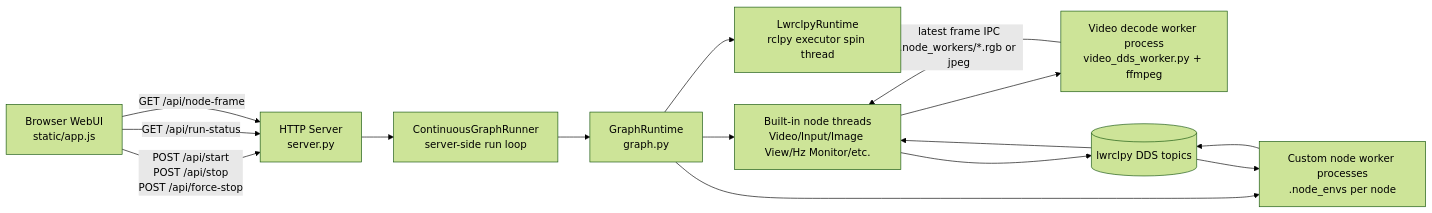
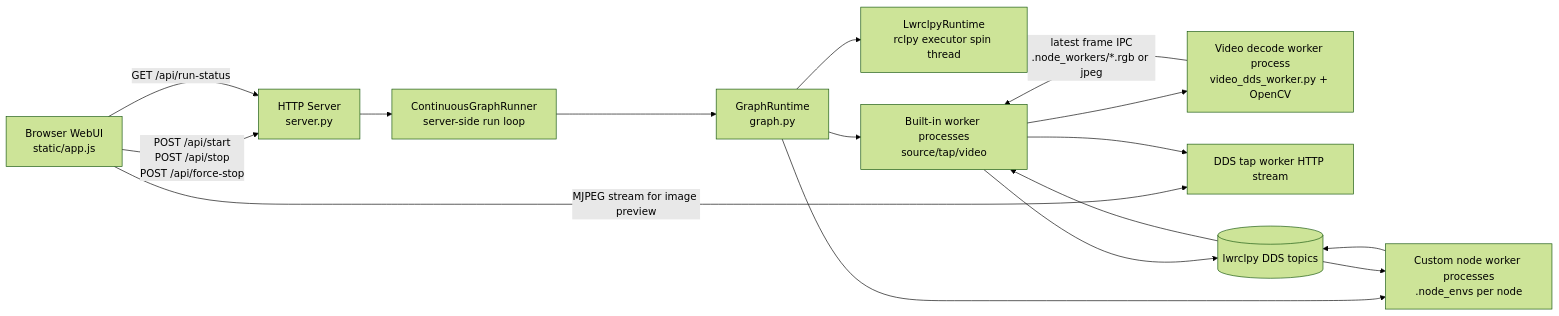
One commit to tatsuyai713/lwrclpy-web-node-editor changed the first of 6 diagrams in ARCHITECTURE.md. Above: the diagram before and after it, drawn with Mermaid (forest theme). The commit also changed other lines of this file and 8 other files, not shown here.

````diff
--- a/ARCHITECTURE.md
+++ b/ARCHITECTURE.md
@@ -14,27 +14,29 @@
 ```mermaid
 flowchart LR
   Browser[Browser WebUI<br>static/app.js]
   Server[HTTP Server<br>server.py]
   Runner[ContinuousGraphRunner<br>server-side run loop]
   Graph[GraphRuntime<br>graph.py]
   Runtime[LwrclpyRuntime<br>rclpy executor spin thread]
-  Builtin[Built-in node threads<br>Video/Input/Image View/Hz Monitor/etc.]
+  Builtin[Built-in worker processes<br>source/tap/video]
   Custom[Custom node worker processes<br>.node_envs per node]
-  VideoWorker[Video decode worker process<br>video_dds_worker.py + ffmpeg]
+  VideoWorker[Video decode worker process<br>video_dds_worker.py + OpenCV]
+  TapStream[DDS tap worker HTTP stream]
   DDS[(lwrclpy DDS topics)]
 
   Browser -->|POST /api/start<br>POST /api/stop<br>POST /api/force-stop| Server
   Browser -->|GET /api/run-status| Server
-  Browser -->|GET /api/node-frame| Server
+  Browser -->|MJPEG stream for image preview| TapStream
   Server --> Runner
   Runner --> Graph
   Graph --> Runtime
   Graph --> Builtin
   Graph --> Custom
   Builtin --> DDS
   Custom --> DDS
   DDS --> Builtin
   DDS --> Custom
   Builtin --> VideoWorker
   VideoWorker -->|latest frame IPC<br>.node_workers/*.rgb or jpeg| Builtin
+  Builtin --> TapStream
 ```
````
